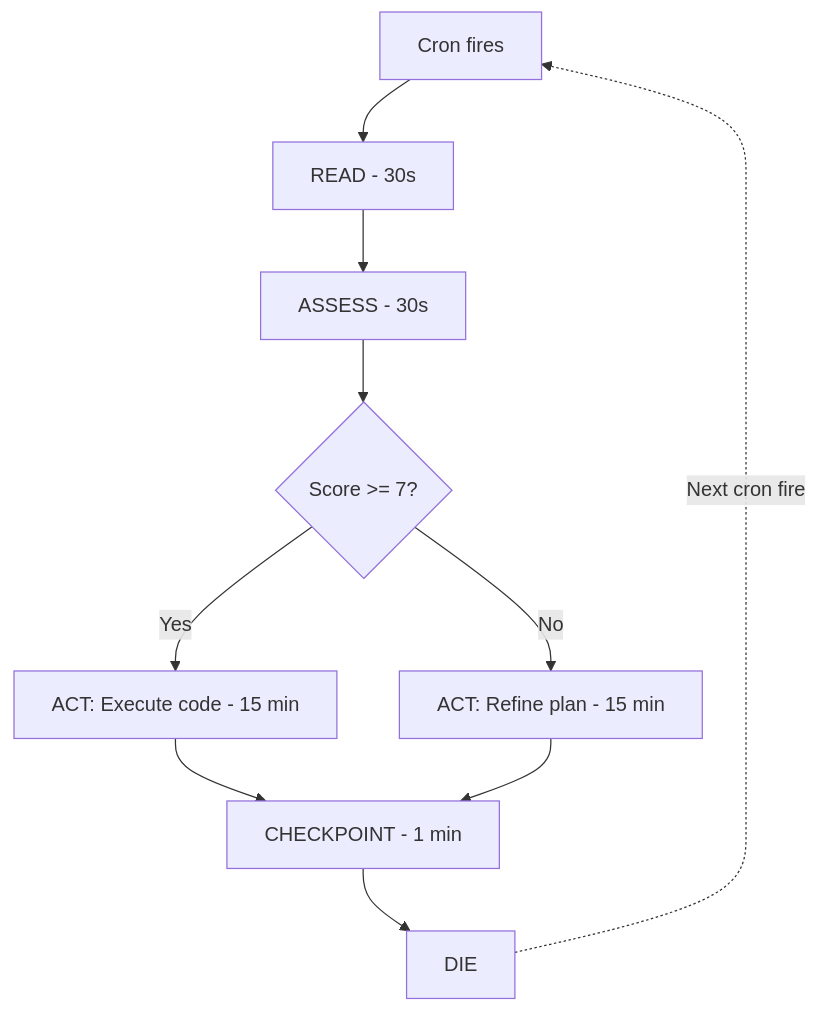
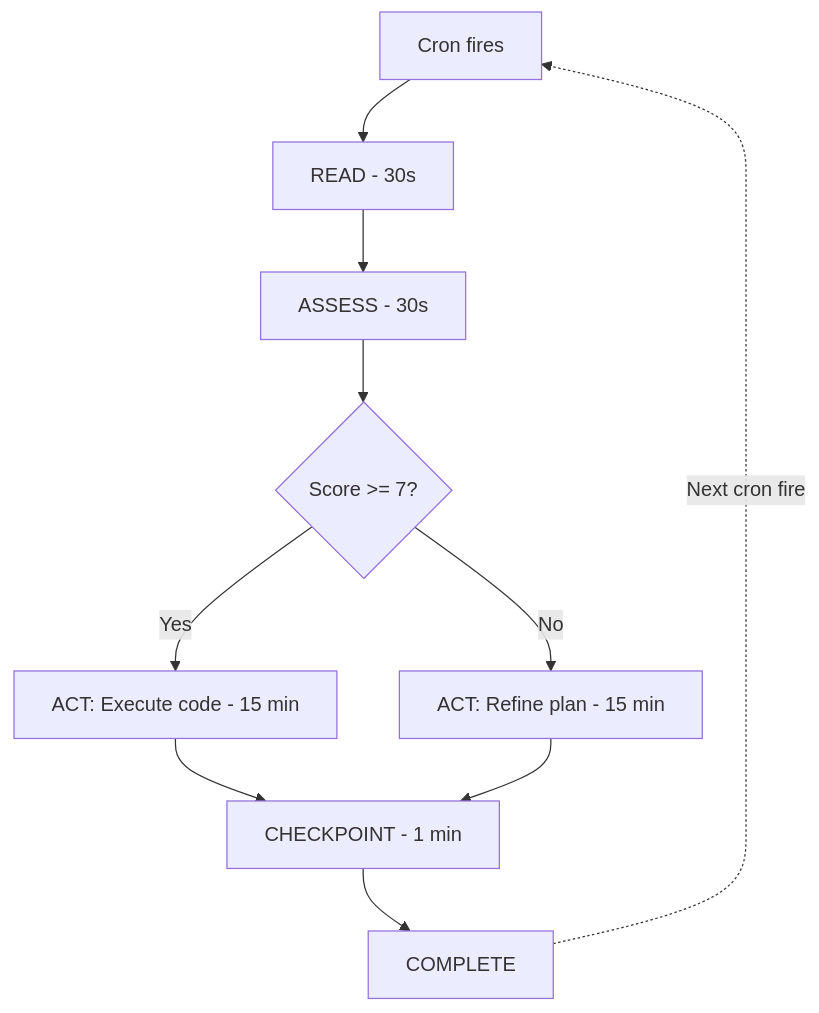
One commit to leojkwan/vidux changed the second of 6 diagrams in guides/vidux/architecture.md. Above: the diagram before and after it, drawn with Mermaid. The commit also changed other lines of this file and 15 other files, not shown here.

````diff
--- a/guides/vidux/architecture.md
+++ b/guides/vidux/architecture.md
@@ -100,12 +100,12 @@
 ```mermaid
 graph TD
     A[Cron fires] --> B[READ - 30s]
     B --> C[ASSESS - 30s]
     C --> D{Score >= 7?}
     D -->|Yes| E[ACT: Execute code - 15 min]
     D -->|No| F[ACT: Refine plan - 15 min]
     E --> G[CHECKPOINT - 1 min]
     F --> G
-    G --> H[DIE]
+    G --> H[COMPLETE]
     H -.->|Next cron fire| A
 ```
````
